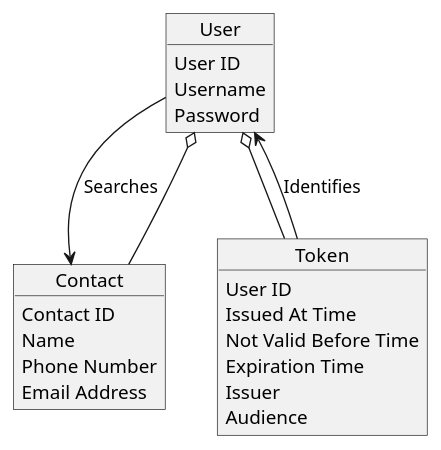
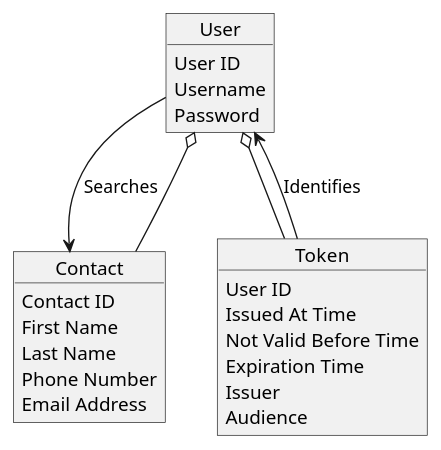
Before and after one commit to ethandrzb/ContactManager: the diagram in uml/entity-relationship.puml, drawn with PlantUML. The commit also changed 1 other file, not shown here.

Commit message:
Last minute UML fixes

```diff
--- a/uml/entity-relationship.puml
+++ b/uml/entity-relationship.puml
@@ -1,30 +1,31 @@
 @startuml
 
 object Contact {
     Contact ID
-    Name
+    First Name
+    Last Name
     Phone Number
     Email Address
 }
 
 object User {
     User ID
     Username
     Password
 }
 
 object Token {
     User ID
     Issued At Time
     Not Valid Before Time
     Expiration Time
     Issuer
     Audience
 }
 
 User --> Contact : Searches
 Token --> User : Identifies
 User o-- Contact
 User o-- Token
 
 @enduml
```
